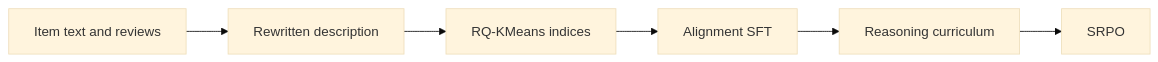
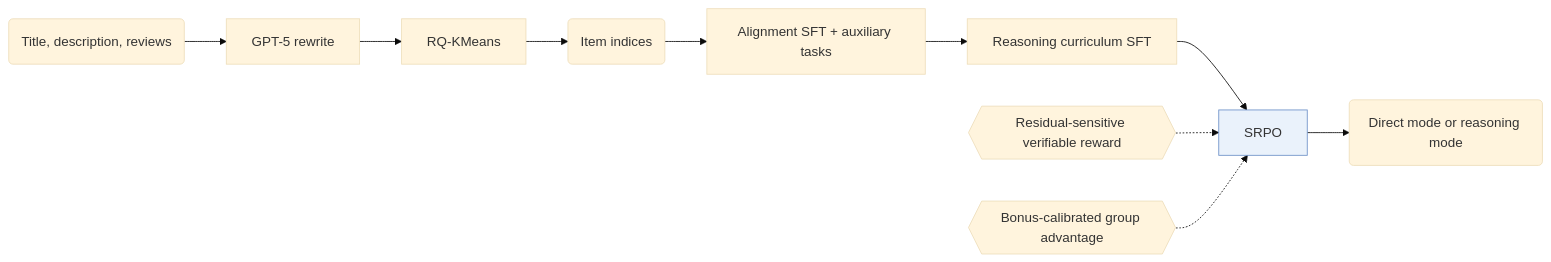
The first of 2 diagrams in notes/gream.md (Galaxy-ghost/Awesome-SID-Generative-Rec), drawn with Mermaid (base theme) before and after one commit. The commit also changed other lines of this file and 521 other files, not shown here.

Commit message:
writer-04 part 3: algorithm diagrams with shared shape conventions, README hero and paper cards, archive removed

````diff
--- a/notes/gream.md
+++ b/notes/gream.md
@@ -13,8 +13,13 @@
 ```mermaid
 flowchart LR
-    A[Item text and reviews] --> B[Rewritten description]
-    B --> C[RQ-KMeans indices]
-    C --> D[Alignment SFT]
-    D --> E[Reasoning curriculum]
-    E --> F[SRPO]
+    A("Title, description, reviews") --> B["GPT-5 rewrite"]
+    B --> C["RQ-KMeans"]
+    C --> D("Item indices")
+    D --> E["Alignment SFT + auxiliary tasks"]
+    E --> F["Reasoning curriculum SFT"]
+    F --> G["SRPO"]:::key
+    L1{{"Residual-sensitive verifiable reward"}} -.-> G
+    L2{{"Bonus-calibrated group advantage"}} -.-> G
+    G --> H("Direct mode or reasoning mode")
+    classDef key fill:#eaf2fb,stroke:#6b8fc7
 ```
````
